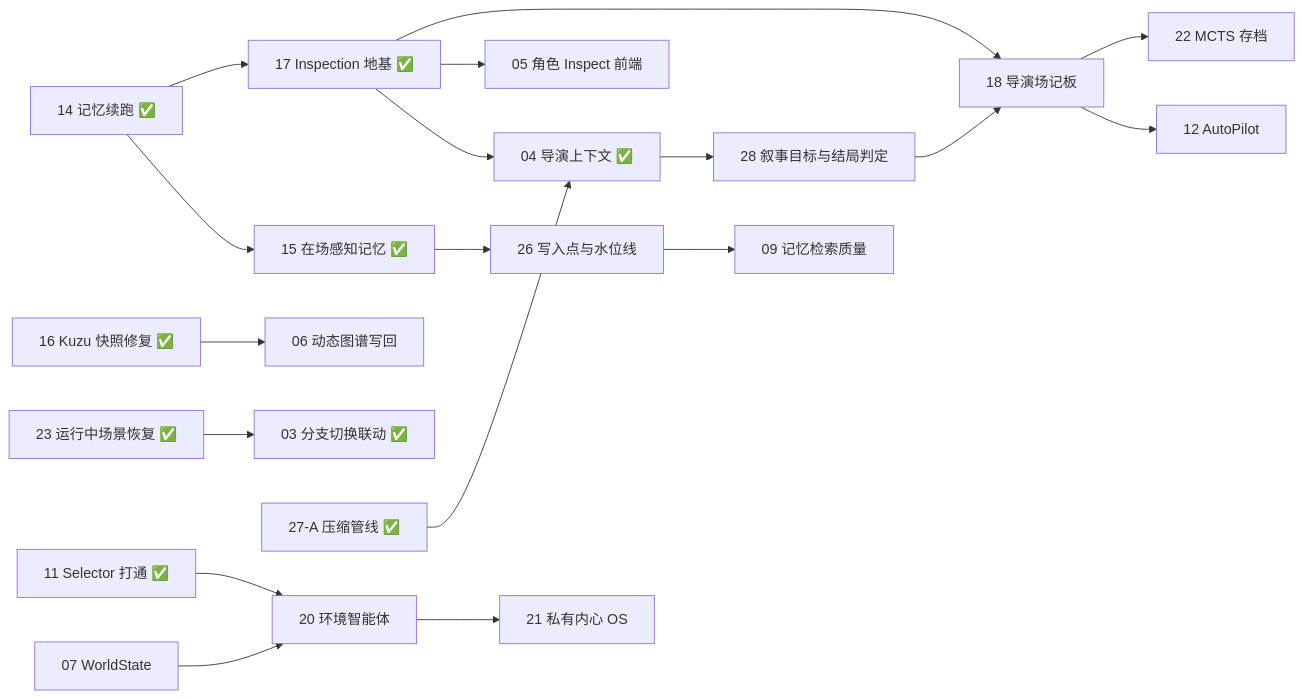
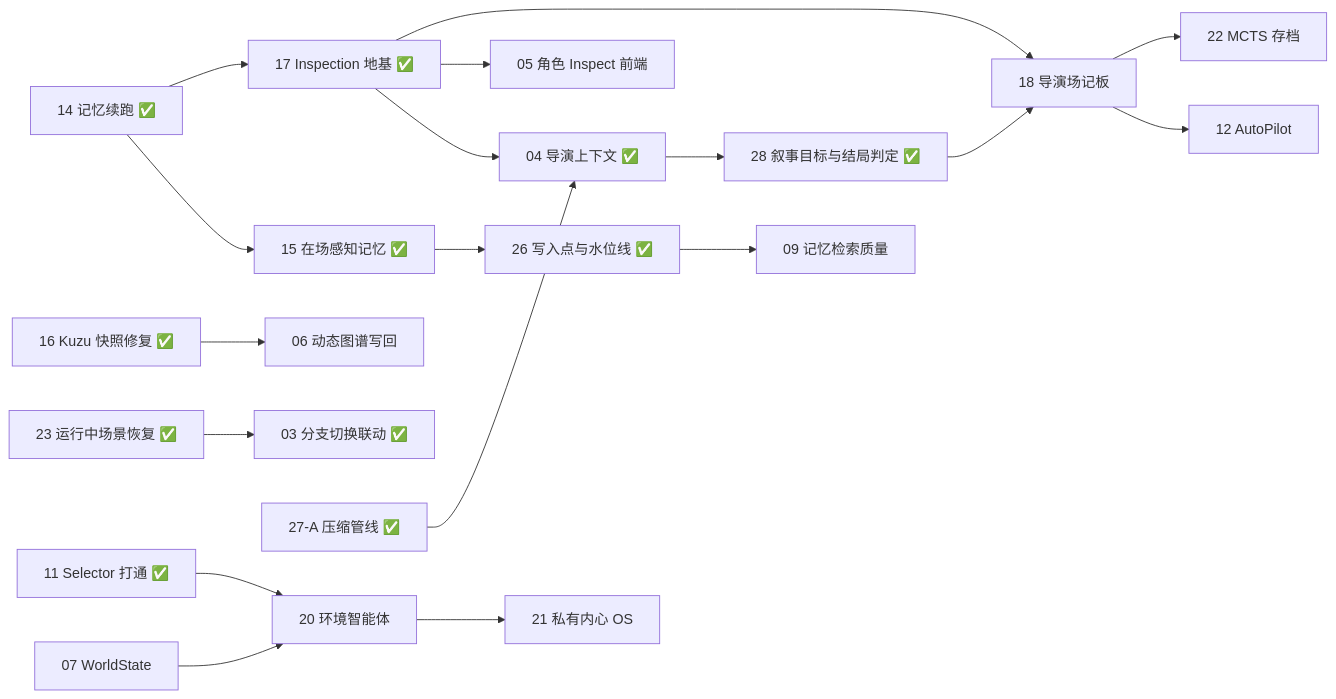
The diagram in docs/fix-tickets/README.md (YuanPeixi/PlotSystem2), drawn with Mermaid before and after one commit. The commit also changed other lines of this file, not shown here.

````diff
--- a/docs/fix-tickets/README.md
+++ b/docs/fix-tickets/README.md
@@ -91,20 +91,20 @@
 ```mermaid
 graph LR
   T14[14 记忆续跑 ✅] --> T15[15 在场感知记忆 ✅]
   T14 --> T17[17 Inspection 地基 ✅]
-  T15 --> T26[26 写入点与水位线]
+  T15 --> T26[26 写入点与水位线 ✅]
   T26 --> T09[09 记忆检索质量]
   T16[16 Kuzu 快照修复 ✅] --> T06[06 动态图谱写回]
   T23[23 运行中场景恢复 ✅] --> T03[03 分支切换联动 ✅]
   T17 --> T04[04 导演上下文 ✅]
   T27[27-A 压缩管线 ✅] --> T04
-  T04 --> T28[28 叙事目标与结局判定]
+  T04 --> T28[28 叙事目标与结局判定 ✅]
   T28 --> T18[18 导演场记板]
   T17 --> T05[05 角色 Inspect 前端]
   T17 --> T18
   T18 --> T12[12 AutoPilot]
   T18 --> T22[22 MCTS 存档]
   T07[07 WorldState] --> T20[20 环境智能体]
   T11[11 Selector 打通 ✅] --> T20
   T20 --> T21[21 私有内心 OS]
 ```
````
